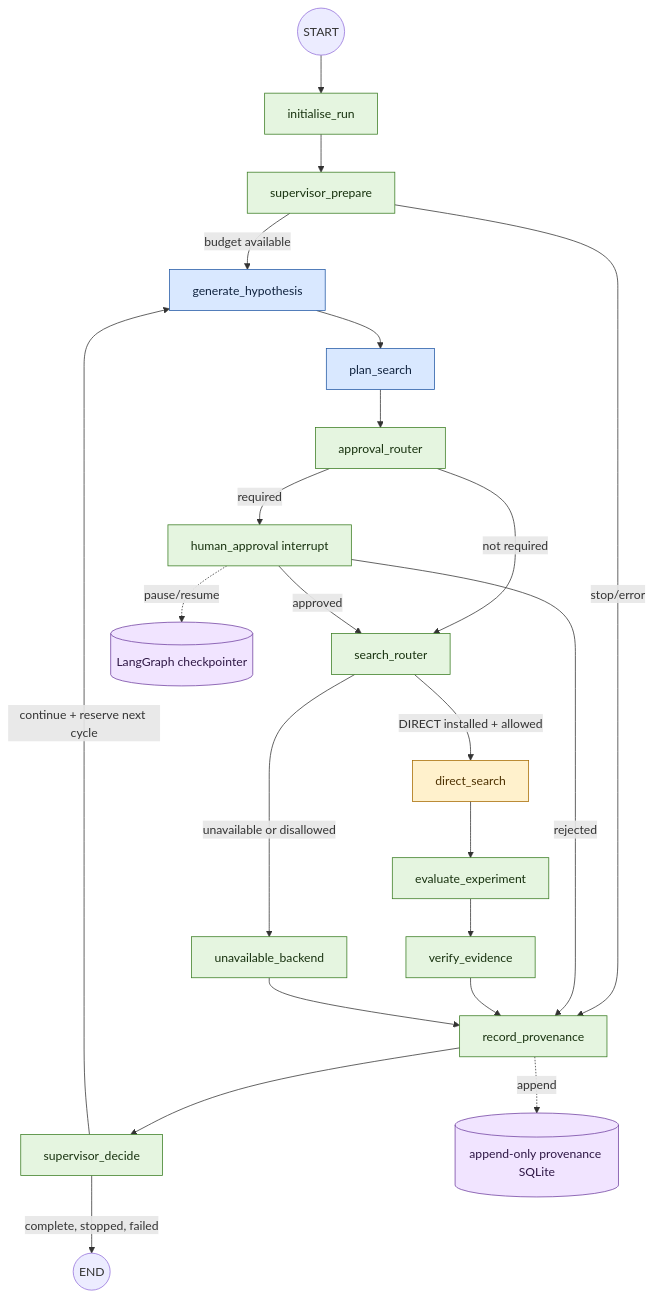
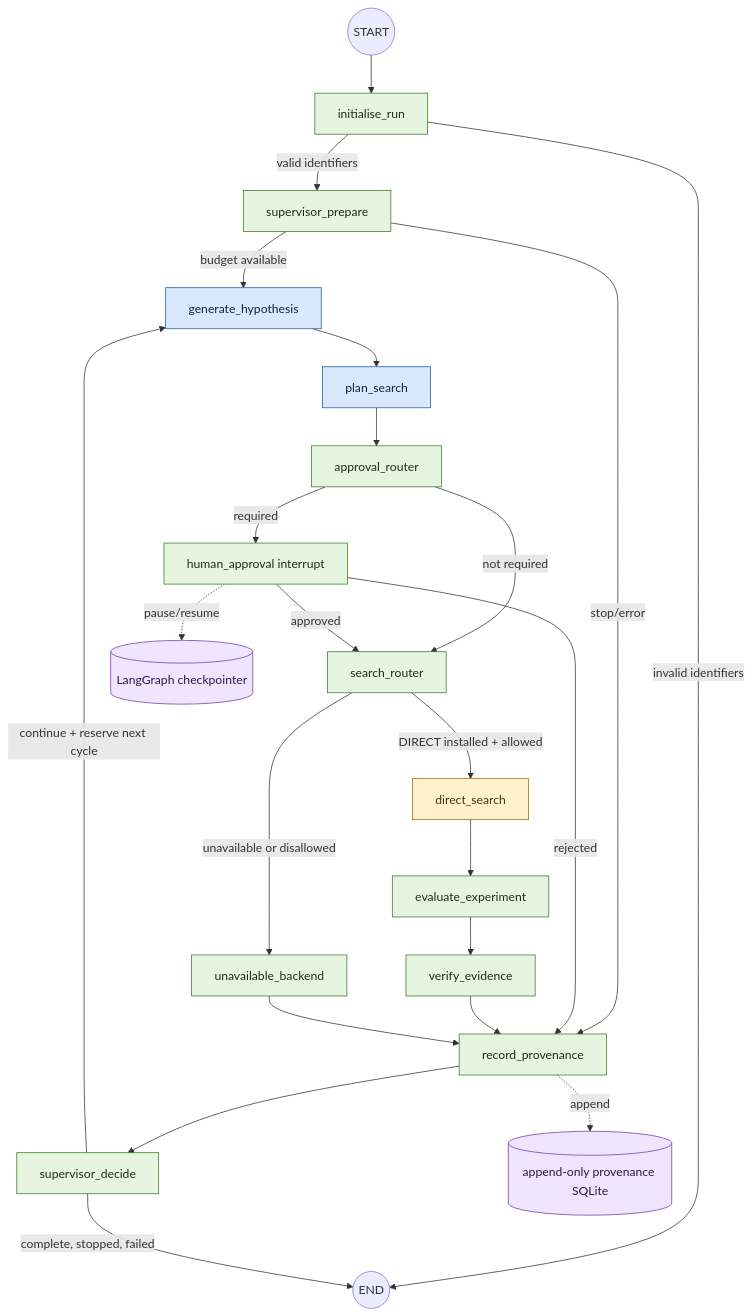
The diagram in docs/architecture/graph.mmd (Lifework-Health/auto-researcher), drawn with Mermaid before and after one commit. The commit also changed 6 other files, not shown here.

```diff
--- a/docs/architecture/graph.mmd
+++ b/docs/architecture/graph.mmd
@@ -1,35 +1,36 @@
 flowchart TD
     START((START)) --> initialise[initialise_run]
-    initialise --> prepare[supervisor_prepare]
+    initialise -->|valid identifiers| prepare[supervisor_prepare]
+    initialise -->|invalid identifiers| END
     prepare -->|budget available| hypothesis[generate_hypothesis]
     prepare -->|stop/error| provenance[record_provenance]
     hypothesis --> planner[plan_search]
     planner --> approvalRouter[approval_router]
     approvalRouter -->|required| human[human_approval interrupt]
     approvalRouter -->|not required| searchRouter[search_router]
     human -->|approved| searchRouter
     human -->|rejected| provenance
     searchRouter -->|DIRECT installed + allowed| direct[direct_search]
     searchRouter -->|unavailable or disallowed| unavailable[unavailable_backend]
     direct --> evaluator[evaluate_experiment]
     evaluator --> verifier[verify_evidence]
     verifier --> provenance
     unavailable --> provenance
     provenance --> decide[supervisor_decide]
     decide -->|continue + reserve next cycle| hypothesis
     decide -->|complete, stopped, failed| END((END))
 
     checkpointer[(LangGraph checkpointer)]
     provenanceStore[(append-only provenance SQLite)]
     human -. pause/resume .-> checkpointer
     provenance -. append .-> provenanceStore
 
     classDef llm fill:#d9e8ff,stroke:#245aa5,color:#10233f
     classDef deterministic fill:#e5f5e0,stroke:#3b7d23,color:#17310e
     classDef backend fill:#fff1cc,stroke:#a66b00,color:#4d3100
     classDef persistence fill:#f1e4ff,stroke:#7040a0,color:#2e1745
 
     class hypothesis,planner llm
     class initialise,prepare,approvalRouter,human,searchRouter,evaluator,verifier,provenance,decide,unavailable deterministic
     class direct backend
     class checkpointer,provenanceStore persistence
```
